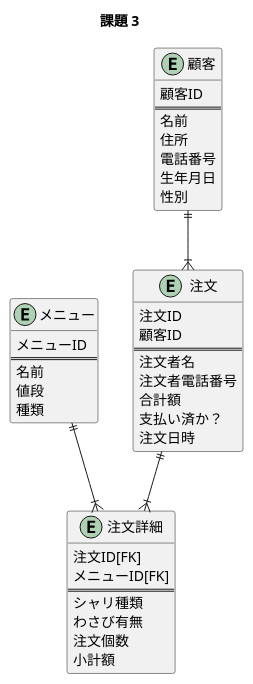
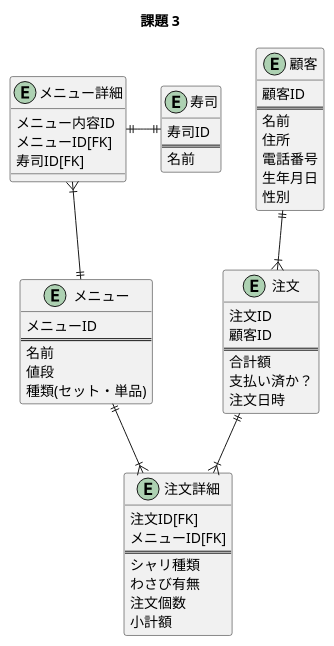
Before and after one commit to naniwadari/praha_challenge: the diagram in db/DBモデリング1/kadai3.pu, drawn with PlantUML. The commit also changed 5 other files, not shown here.

```diff
--- a/db/DBモデリング1/kadai3.pu
+++ b/db/DBモデリング1/kadai3.pu
@@ -1,45 +1,57 @@
 @startuml
   title 課題 3
   entity "メニュー" {
     メニューID
     ==
     名前
     値段
-    種類
+    種類(セット・単品)
+  }
+
+  entity "メニュー詳細" {
+    メニュー内容ID
+    メニューID[FK]
+    寿司ID[FK]
+  }
+
+  entity "寿司" {
+    寿司ID
+    ==
+    名前
   }
 
   entity "注文" {
     注文ID
     顧客ID
     ==
-    注文者名
-    注文者電話番号
     合計額
     支払い済か？
     注文日時
   }
 
   entity "注文詳細" {
     注文ID[FK]
     メニューID[FK]
     ==
     シャリ種類
     わさび有無
     注文個数
     小計額
   }
 
   entity "顧客" {
     顧客ID
     ==
     名前
     住所
     電話番号
     生年月日
     性別
   }
 
+  メニュー詳細 }|--|| メニュー
+  メニュー詳細 ||-r-|| 寿司
   注文 ||--|{ 注文詳細
   メニュー ||--|{ 注文詳細
   顧客 ||--|{ 注文
 @enduml
```
